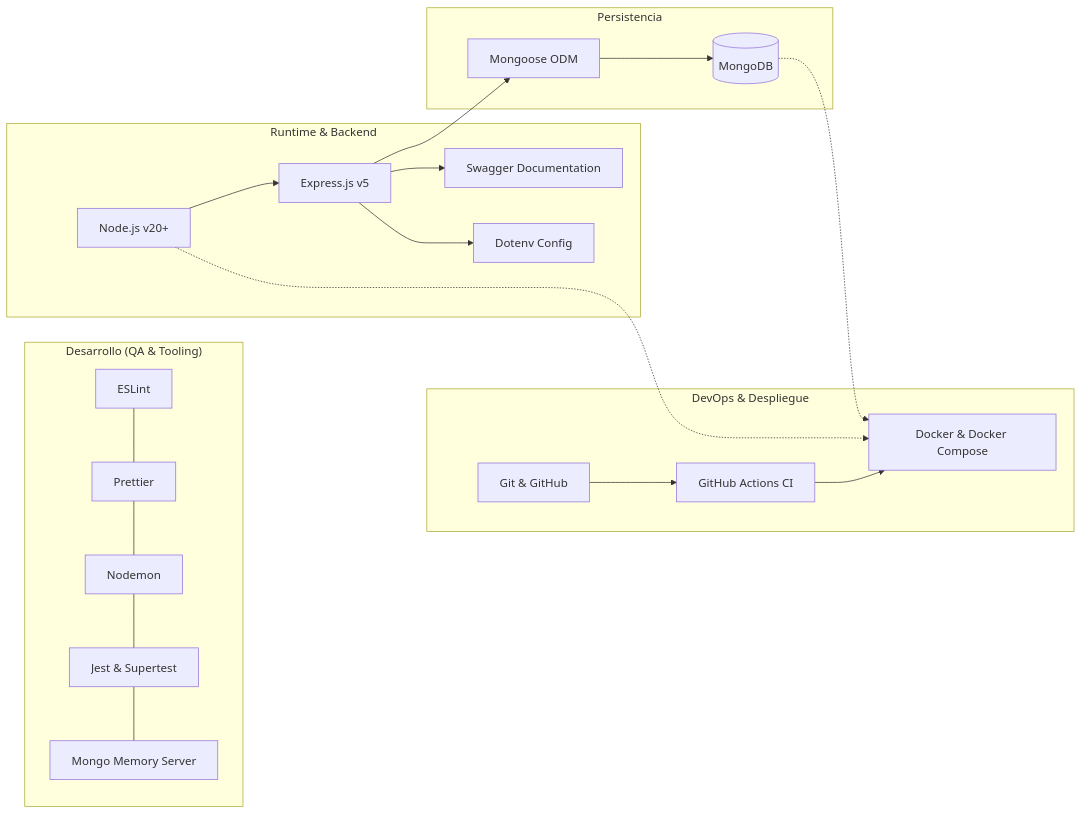
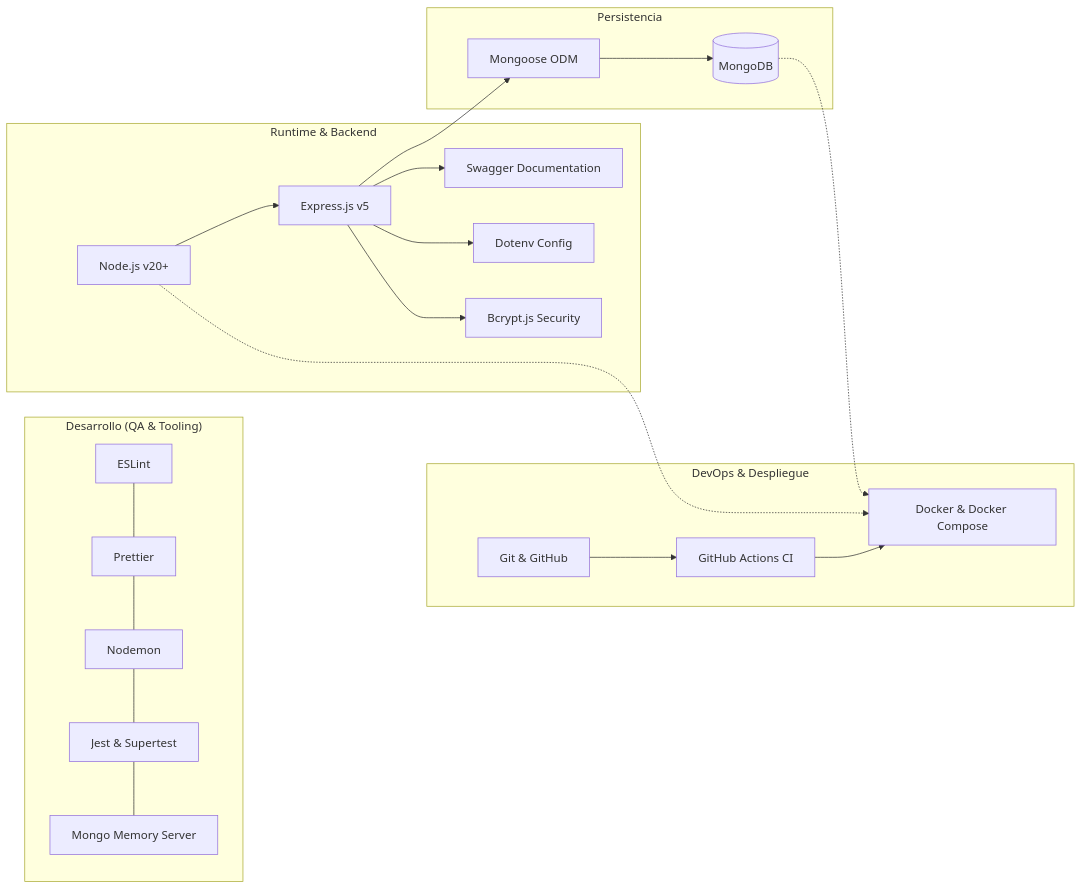
The diagram in diagramas/tecnologias.md (diegolasherasGit/TFG-EntrenamientoApp-Backend), drawn with Mermaid before and after one commit. The commit also changed 1 other file, not shown here.

Commit message:
docs: update database and technology diagrams

````diff
--- a/diagramas/tecnologias.md
+++ b/diagramas/tecnologias.md
@@ -5,28 +5,29 @@
 ```mermaid
 graph LR
     subgraph "Desarrollo (QA & Tooling)"
         ES[ESLint] --- PT[Prettier]
         PT --- ND[Nodemon]
         ND --- JS[Jest & Supertest]
         JS --- MMS[Mongo Memory Server]
     end
 
     subgraph "Runtime & Backend"
         Node[Node.js v20+] --> EX[Express.js v5]
         EX --> SW[Swagger Documentation]
         EX --> ENV[Dotenv Config]
+        EX --> BC[Bcrypt.js Security]
     end
 
     subgraph "Persistencia"
         EX --> MG[Mongoose ODM]
         MG --> MDB[(MongoDB)]
     end
 
     subgraph "DevOps & Despliegue"
         Git[Git & GitHub] --> GHA[GitHub Actions CI]
         GHA --> DK[Docker & Docker Compose]
     end
 
     Node -.-> DK
     MDB -.-> DK
 ```
````
